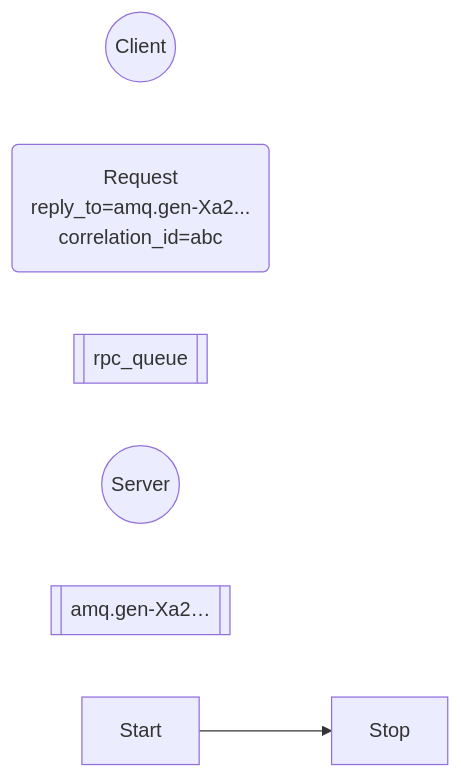
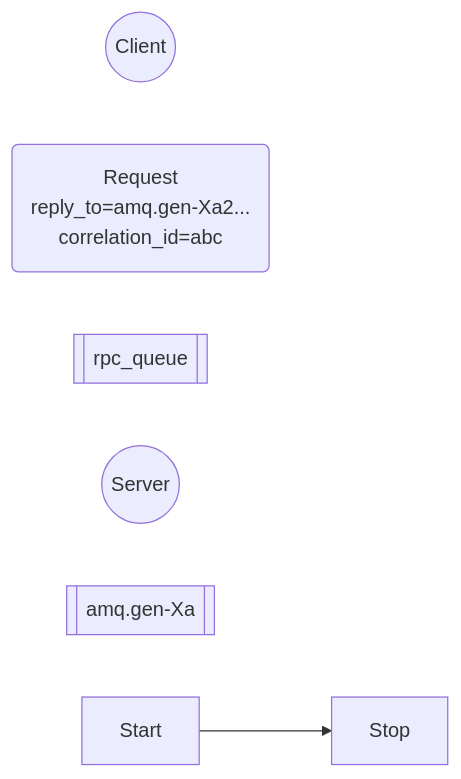
Before and after one commit to googlelxhgithub/iodraw-files: the diagram in all/未命名-7.md, drawn with Mermaid.

Commit message:
2024-08-30 19:06:17 update

````diff
--- a/all/未命名-7.md
+++ b/all/未命名-7.md
@@ -1,10 +1,10 @@
 ```mermaid
 flowchart LR
     C((Client))
     R(Request\nreply_to=amq.gen-Xa2...\ncorrelation_id=abc)
     Q1[[rpc_queue]]
     S((Server))
-    Q2[[amq.gen-Xa2…]]
+    Q2[[amq.gen-Xa]]
     Start --> Stop
   
 ```
````
